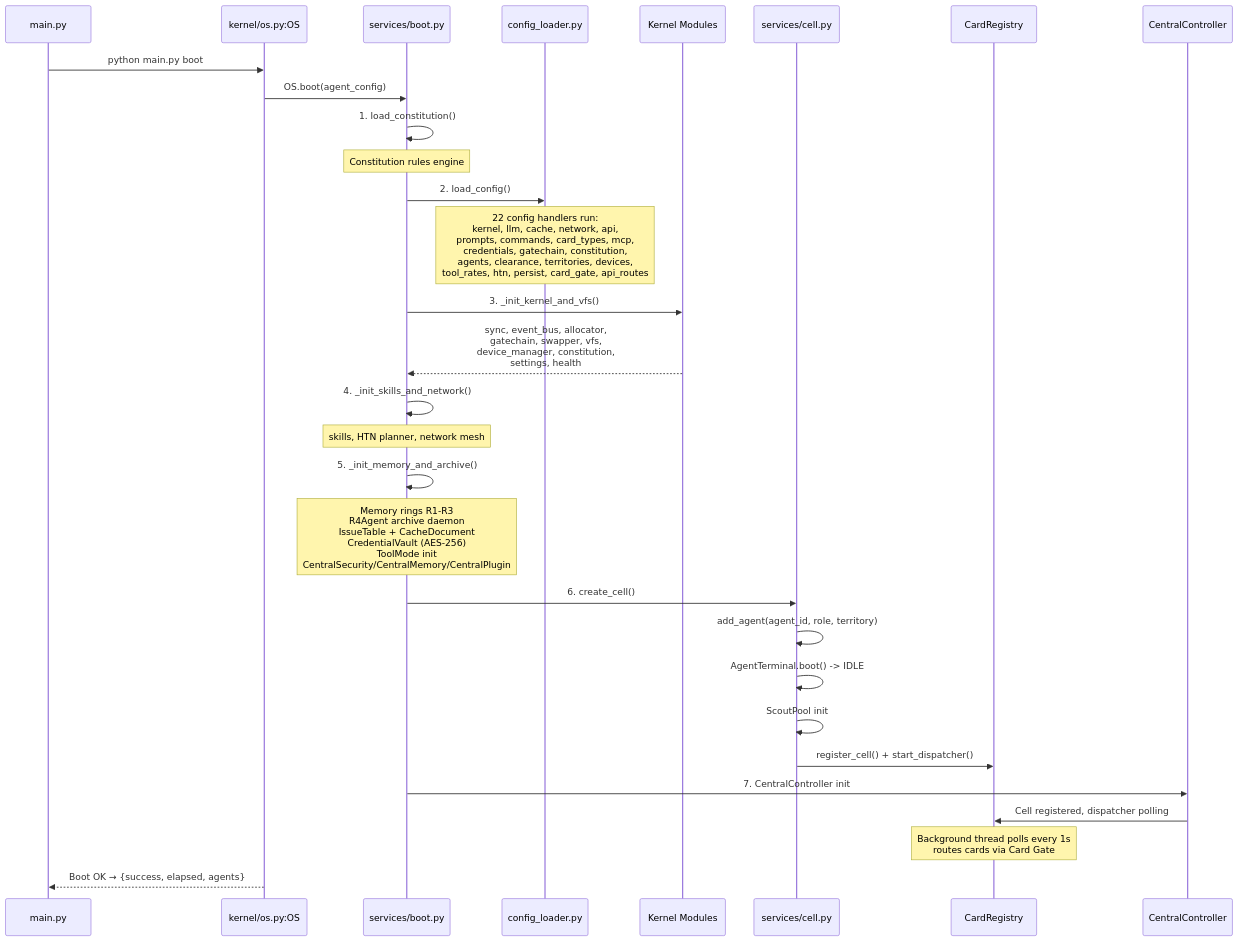
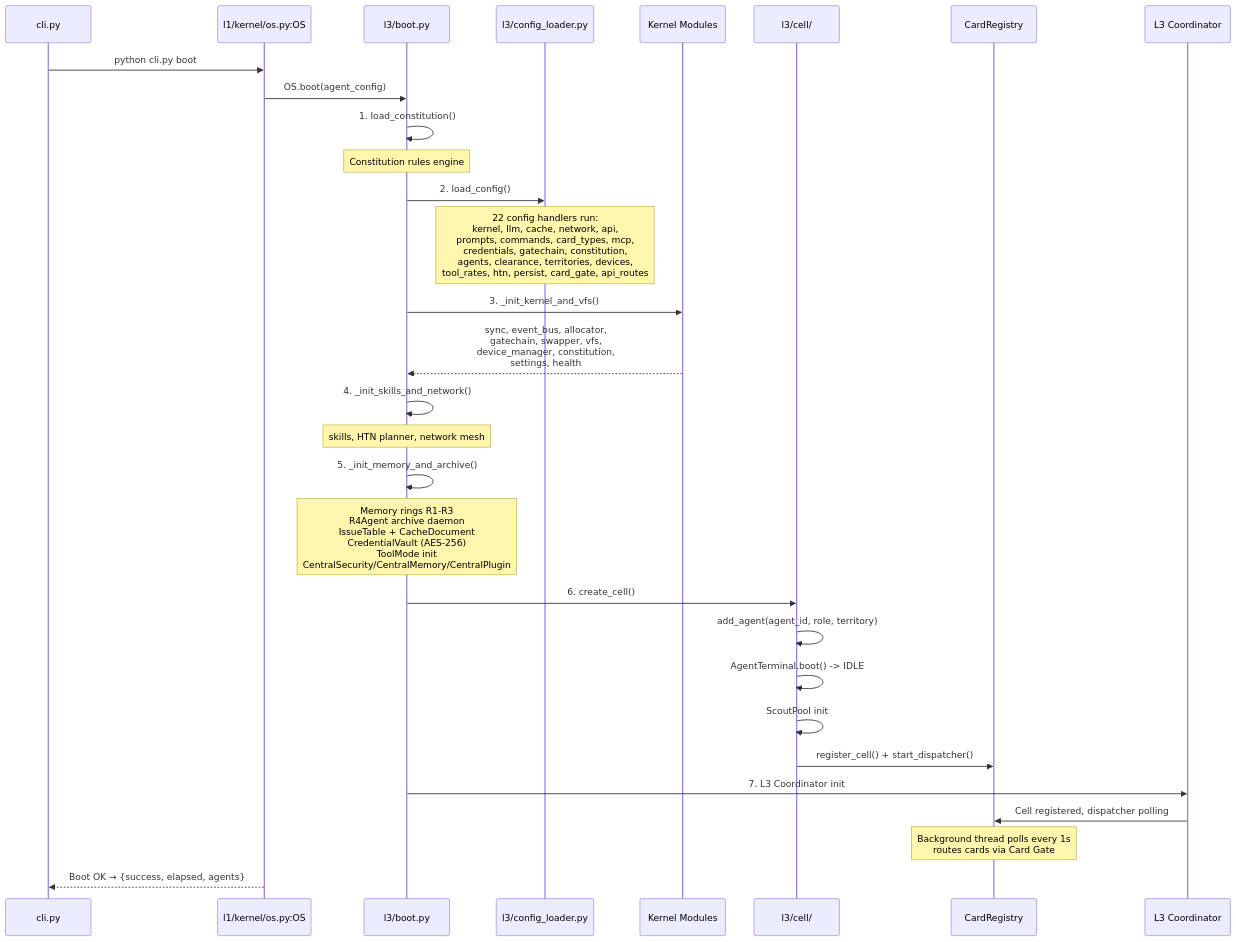
One commit to guilingzhouyi-creator/Praxis-Agent-OS changed the third of 27 diagrams in docs/design/praxis-architecture-actual.md. Above: the diagram before and after it, drawn with Mermaid. The commit also changed other lines of this file and 3 other files, not shown here.

First line of the commit message:
docs: update architecture doc to reflect 5-layer structure and add .gitignore patterns

````diff
--- a/docs/design/praxis-architecture-actual.md
+++ b/docs/design/praxis-architecture-actual.md
@@ -131,41 +142,41 @@
 ```mermaid
 sequenceDiagram
-    participant CLI as main.py
-    participant OS as kernel/os.py:OS
-    participant BOOT as services/boot.py
-    participant CFG as config_loader.py
+    participant CLI as cli.py
+    participant OS as l1/kernel/os.py:OS
+    participant BOOT as l3/boot.py
+    participant CFG as l3/config_loader.py
     participant K as Kernel Modules
-    participant CELL as services/cell.py
+    participant CELL as l3/cell/
     participant REG as CardRegistry
-    participant CTRL as CentralController
+    participant CTRL as L3 Coordinator
 
-    CLI->>OS: python main.py boot
+    CLI->>OS: python cli.py boot
     OS->>BOOT: OS.boot(agent_config)
 
     BOOT->>BOOT: 1. load_constitution()
     Note over BOOT: Constitution rules engine
 
     BOOT->>CFG: 2. load_config()
     Note over CFG: 22 config handlers run:<br/>kernel, llm, cache, network, api,<br/>prompts, commands, card_types, mcp,<br/>credentials, gatechain, constitution,<br/>agents, clearance, territories, devices,<br/>tool_rates, htn, persist, card_gate, api_routes
 
     BOOT->>K: 3. _init_kernel_and_vfs()
     K-->>BOOT: sync, event_bus, allocator,<br/>gatechain, swapper, vfs,<br/>device_manager, constitution,<br/>settings, health
 
     BOOT->>BOOT: 4. _init_skills_and_network()
     Note over BOOT: skills, HTN planner, network mesh
 
     BOOT->>BOOT: 5. _init_memory_and_archive()
     Note over BOOT: Memory rings R1-R3<br/>R4Agent archive daemon<br/>IssueTable + CacheDocument<br/>CredentialVault (AES-256)<br/>ToolMode init<br/>CentralSecurity/CentralMemory/CentralPlugin
 
     BOOT->>CELL: 6. create_cell()
     CELL->>CELL: add_agent(agent_id, role, territory)
     CELL->>CELL: AgentTerminal.boot() -> IDLE
     CELL->>CELL: ScoutPool init
     CELL->>REG: register_cell() + start_dispatcher()
 
-    BOOT->>CTRL: 7. CentralController init
+    BOOT->>CTRL: 7. L3 Coordinator init
     CTRL->>REG: Cell registered, dispatcher polling
     Note over REG: Background thread polls every 1s<br/>routes cards via Card Gate
 
     OS-->>CLI: Boot OK → {success, elapsed, agents}
 ```
````
